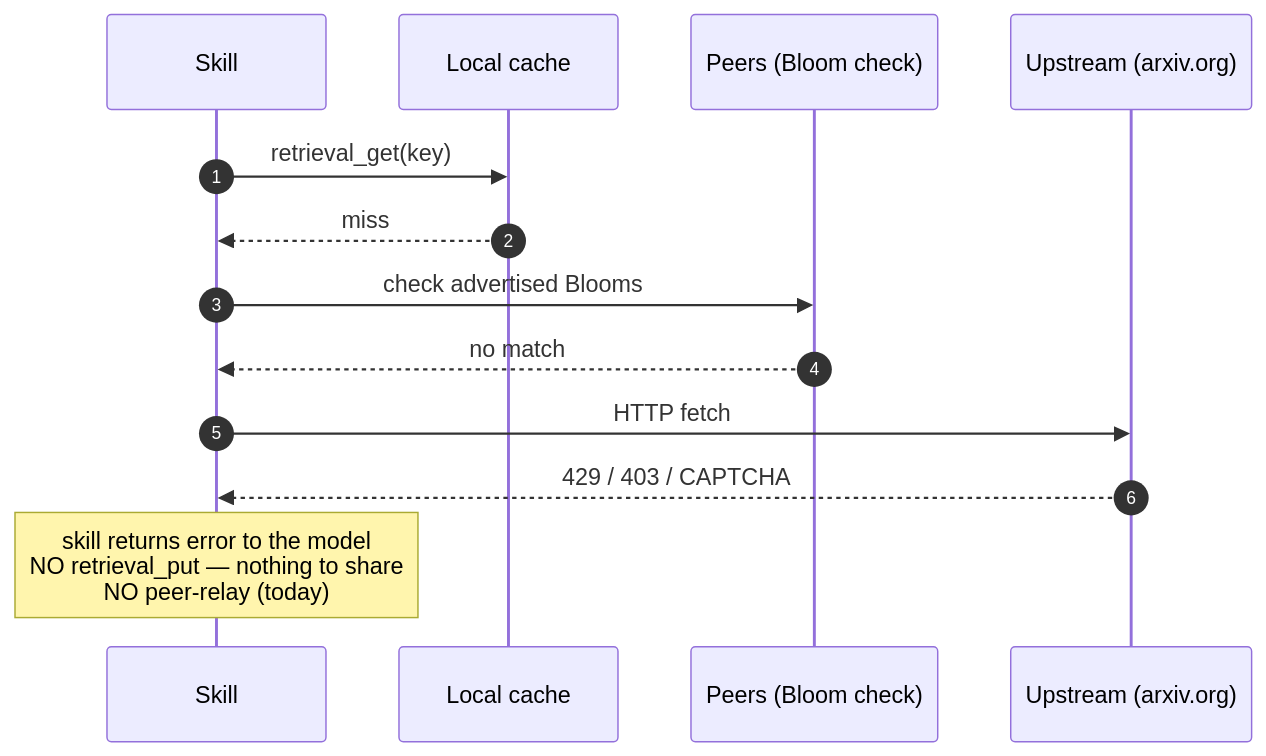
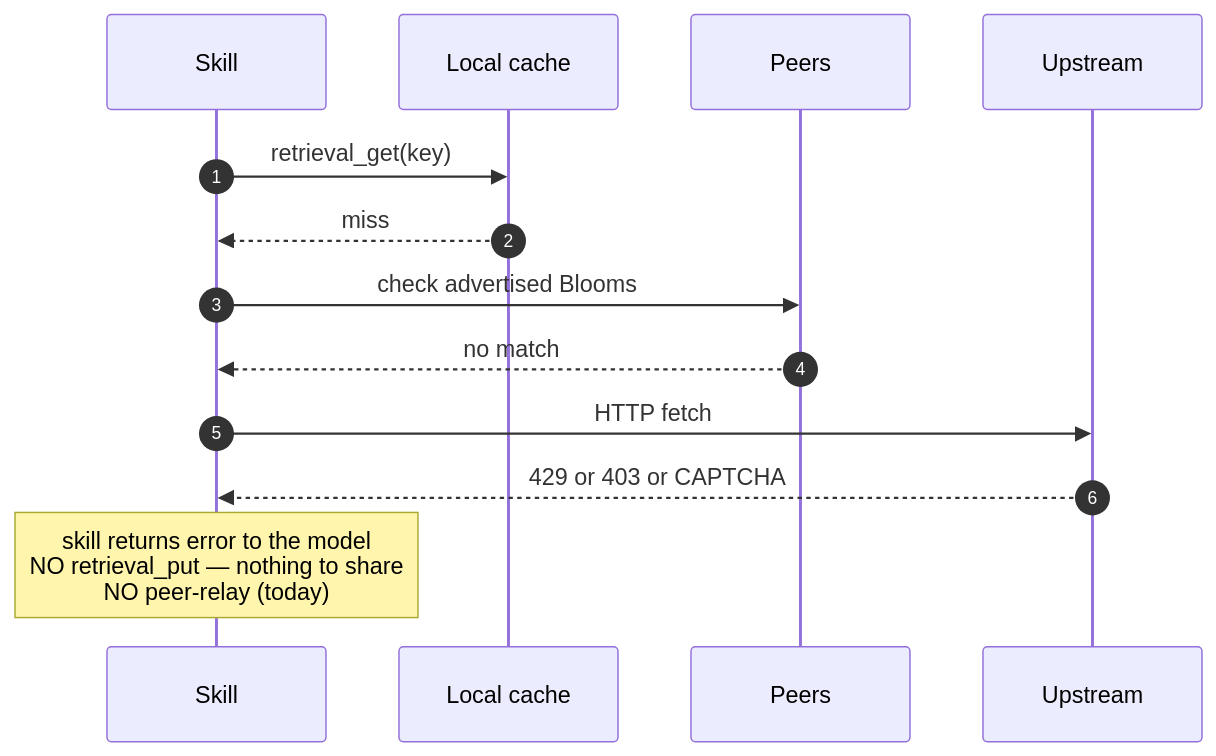
Before and after one commit to elyerinfox/lodestone-mcp: the fourth of 10 diagrams in docs/constellation.md, drawn with Mermaid. The commit also changed other lines of this file, not shown here.

First line of the commit message:
constellation: scrub remaining Mermaid parse hazards in Path F/G

````diff
--- a/docs/constellation.md
+++ b/docs/constellation.md
@@ -251,15 +251,15 @@
 ```mermaid
 sequenceDiagram
     autonumber
     participant S as Skill
     participant L as Local cache
-    participant P as Peers (Bloom check)
-    participant U as Upstream (arxiv.org)
+    participant P as Peers
+    participant U as Upstream
     S->>L: retrieval_get(key)
     L-->>S: miss
     S->>P: check advertised Blooms
     P-->>S: no match
     S->>U: HTTP fetch
-    U-->>S: 429 / 403 / CAPTCHA
+    U-->>S: 429 or 403 or CAPTCHA
     Note over S: skill returns error to the model<br/>NO retrieval_put — nothing to share<br/>NO peer-relay (today)
 ```
````
